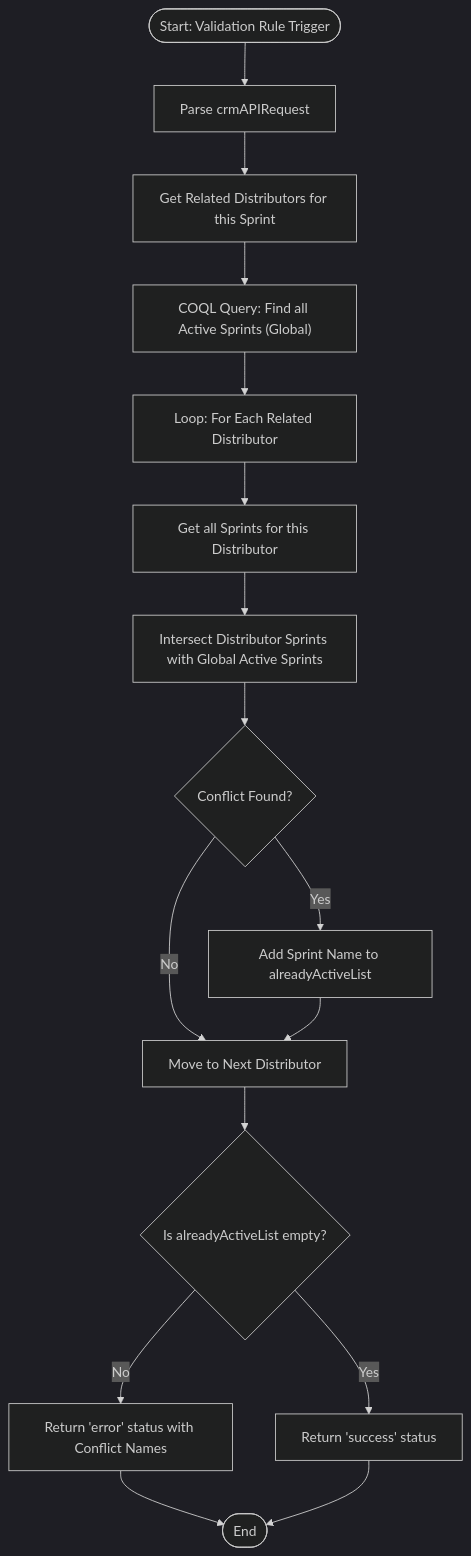
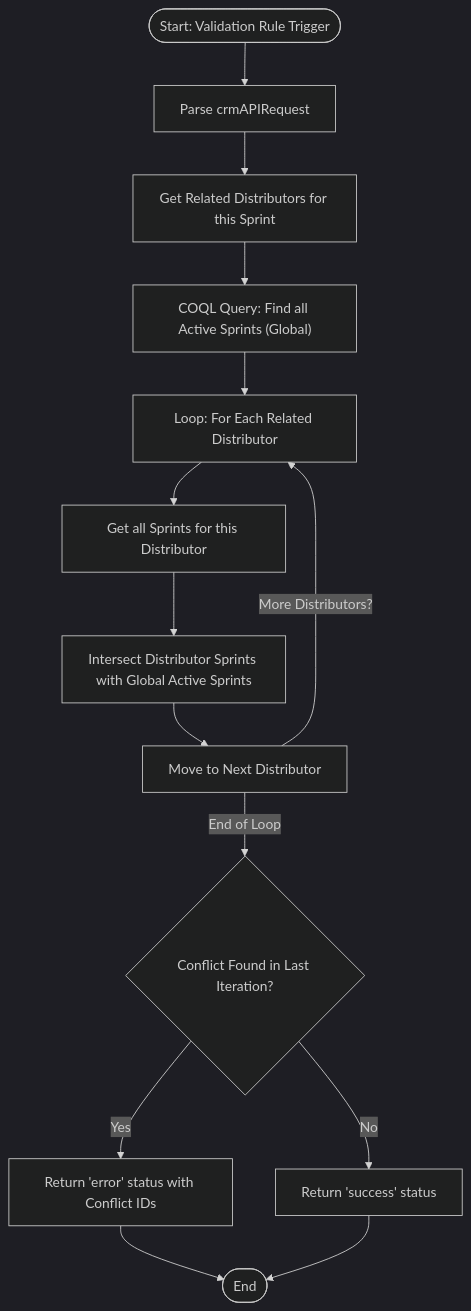
Before and after one commit to martinkp93/zoho-scripts: the diagram in scripts/sendToActiveCampaignLimit/sendToActiveCampaignLimit.md, drawn with Mermaid (dark theme). The commit also changed other lines of this file, not shown here.

Commit message:
Update sendToActiveCampaignLimit.md docs via DeluluDocu

````diff
--- a/scripts/sendToActiveCampaignLimit/sendToActiveCampaignLimit.md
+++ b/scripts/sendToActiveCampaignLimit/sendToActiveCampaignLimit.md
@@ -31,18 +31,16 @@
 ```mermaid
 graph TD
     Start(["Start: Validation Rule Trigger"]) --> Parse["Parse crmAPIRequest"]
     Parse --> GetDistributors["Get Related Distributors for this Sprint"]
     GetDistributors --> COQL["COQL Query: Find all Active Sprints (Global)"]
     COQL --> LoopDistributors["Loop: For Each Related Distributor"]
     LoopDistributors --> GetDistributorSprints["Get all Sprints for this Distributor"]
     GetDistributorSprints --> Intersect["Intersect Distributor Sprints with Global Active Sprints"]
-    Intersect --> CheckConflict{"Conflict Found?"}
-    CheckConflict -- "Yes" --> BuildConflictList["Add Sprint Name to alreadyActiveList"]
-    CheckConflict -- "No" --> NextDistributor["Move to Next Distributor"]
-    BuildConflictList --> NextDistributor
-    NextDistributor --> FinalCheck{"Is alreadyActiveList empty?"}
-    FinalCheck -- "No" --> Error["Return 'error' status with Conflict Names"]
-    FinalCheck -- "Yes" --> Success["Return 'success' status"]
+    Intersect --> NextDistributor["Move to Next Distributor"]
+    NextDistributor -- "More Distributors?" --> LoopDistributors
+    NextDistributor -- "End of Loop" --> FinalCheck{"Conflict Found in Last Iteration?"}
+    FinalCheck -- "Yes" --> Error["Return 'error' status with Conflict IDs"]
+    FinalCheck -- "No" --> Success["Return 'success' status"]
     Error --> End(["End"])
     Success --> End
 ```
````
